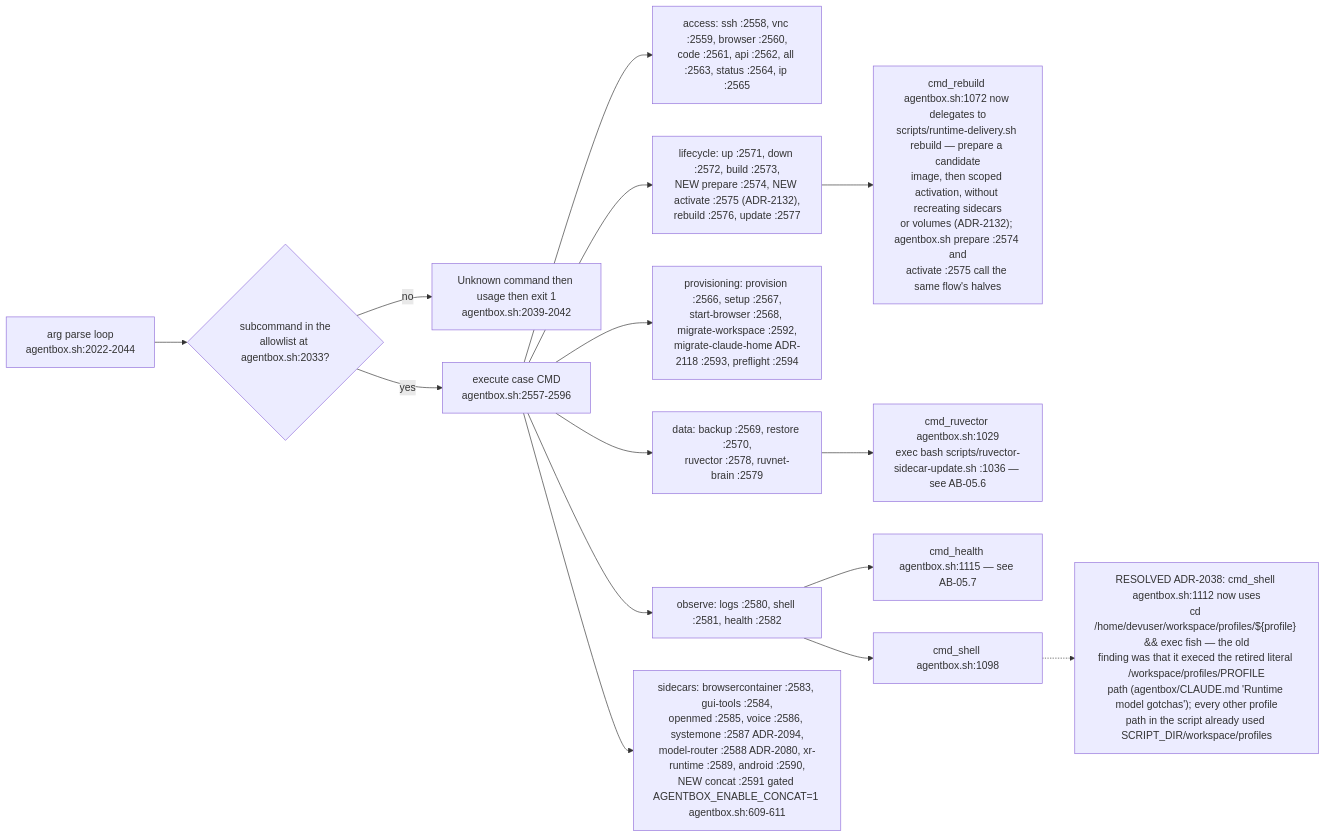
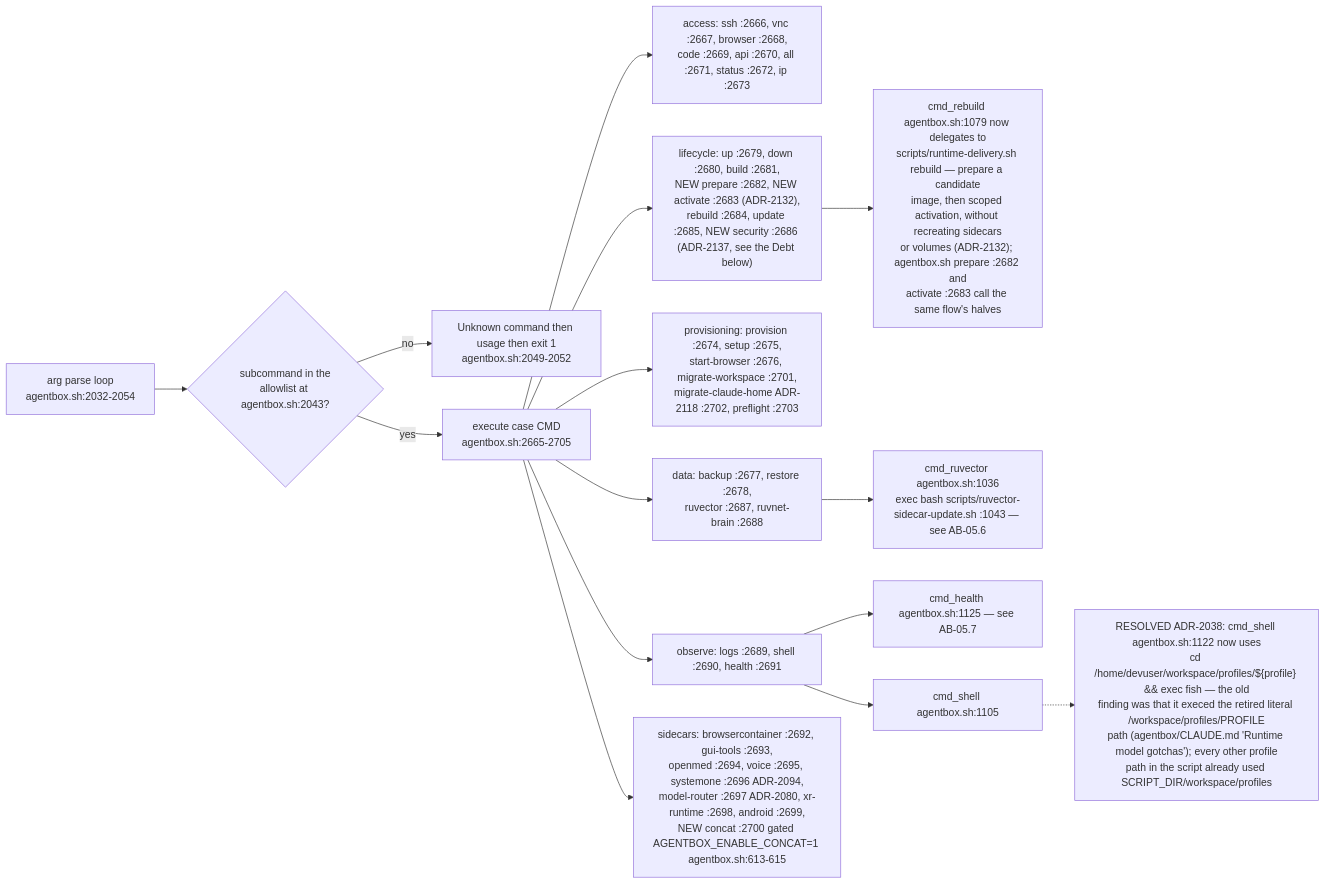
The fifth of 15 diagrams in docs/diagrams/agentbox/05-manifest-gates-and-cli.md (DreamLab-AI/VisionFlow), drawn with Mermaid before and after one commit. The commit also changed other lines of this file and 80 other files, not shown here.

First line of the commit message:
docs(diagrams): re-verify the agentbox, dreamlab, estate and visionflow corpus against current sources

````diff
--- a/docs/diagrams/agentbox/05-manifest-gates-and-cli.md
+++ b/docs/diagrams/agentbox/05-manifest-gates-and-cli.md
@@ -158,17 +158,17 @@
 ```mermaid
 flowchart LR
-    ARG["arg parse loop<br/>agentbox.sh:2022-2044"] --> AL{"subcommand in the<br/>allowlist at agentbox.sh:2033?"}
-    AL -->|no| ERR["Unknown command then usage then exit 1<br/>agentbox.sh:2039-2042"]
-    AL -->|yes| CASE["execute case CMD<br/>agentbox.sh:2557-2596"]
-    CASE --> G1["access: ssh :2558, vnc :2559, browser :2560,<br/>code :2561, api :2562, all :2563, status :2564, ip :2565"]
-    CASE --> G2["lifecycle: up :2571, down :2572, build :2573,<br/>NEW prepare :2574, NEW activate :2575 (ADR-2132),<br/>rebuild :2576, update :2577"]
-    CASE --> G3["provisioning: provision :2566, setup :2567,<br/>start-browser :2568, migrate-workspace :2592,<br/>migrate-claude-home ADR-2118 :2593, preflight :2594"]
-    CASE --> G4["data: backup :2569, restore :2570,<br/>ruvector :2578, ruvnet-brain :2579"]
-    CASE --> G5["observe: logs :2580, shell :2581, health :2582"]
-    CASE --> G6["sidecars: browsercontainer :2583, gui-tools :2584,<br/>openmed :2585, voice :2586, systemone :2587 ADR-2094,<br/>model-router :2588 ADR-2080, xr-runtime :2589, android :2590,<br/>NEW concat :2591 gated AGENTBOX_ENABLE_CONCAT=1 agentbox.sh:609-611"]
-    G2 --> RB["cmd_rebuild agentbox.sh:1072 now delegates to<br/>scripts/runtime-delivery.sh rebuild — prepare a candidate<br/>image, then scoped activation, without recreating sidecars<br/>or volumes (ADR-2132); agentbox.sh prepare :2574 and<br/>activate :2575 call the same flow's halves"]
-    G4 --> RV["cmd_ruvector agentbox.sh:1029<br/>exec bash scripts/ruvector-sidecar-update.sh :1036 — see AB-05.6"]
-    G5 --> HL["cmd_health agentbox.sh:1115 — see AB-05.7"]
-    G5 --> SH["cmd_shell agentbox.sh:1098"]
-    SH -.-> RES1["RESOLVED ADR-2038: cmd_shell agentbox.sh:1112 now uses<br/>cd /home/devuser/workspace/profiles/${profile} && exec fish — the old<br/>finding was that it execed the retired literal /workspace/profiles/PROFILE<br/>path (agentbox/CLAUDE.md 'Runtime model gotchas'); every other profile<br/>path in the script already used SCRIPT_DIR/workspace/profiles"]
+    ARG["arg parse loop<br/>agentbox.sh:2032-2054"] --> AL{"subcommand in the<br/>allowlist at agentbox.sh:2043?"}
+    AL -->|no| ERR["Unknown command then usage then exit 1<br/>agentbox.sh:2049-2052"]
+    AL -->|yes| CASE["execute case CMD<br/>agentbox.sh:2665-2705"]
+    CASE --> G1["access: ssh :2666, vnc :2667, browser :2668,<br/>code :2669, api :2670, all :2671, status :2672, ip :2673"]
+    CASE --> G2["lifecycle: up :2679, down :2680, build :2681,<br/>NEW prepare :2682, NEW activate :2683 (ADR-2132),<br/>rebuild :2684, update :2685, NEW security :2686 (ADR-2137, see the Debt below)"]
+    CASE --> G3["provisioning: provision :2674, setup :2675,<br/>start-browser :2676, migrate-workspace :2701,<br/>migrate-claude-home ADR-2118 :2702, preflight :2703"]
+    CASE --> G4["data: backup :2677, restore :2678,<br/>ruvector :2687, ruvnet-brain :2688"]
+    CASE --> G5["observe: logs :2689, shell :2690, health :2691"]
+    CASE --> G6["sidecars: browsercontainer :2692, gui-tools :2693,<br/>openmed :2694, voice :2695, systemone :2696 ADR-2094,<br/>model-router :2697 ADR-2080, xr-runtime :2698, android :2699,<br/>NEW concat :2700 gated AGENTBOX_ENABLE_CONCAT=1 agentbox.sh:613-615"]
+    G2 --> RB["cmd_rebuild agentbox.sh:1079 now delegates to<br/>scripts/runtime-delivery.sh rebuild — prepare a candidate<br/>image, then scoped activation, without recreating sidecars<br/>or volumes (ADR-2132); agentbox.sh prepare :2682 and<br/>activate :2683 call the same flow's halves"]
+    G4 --> RV["cmd_ruvector agentbox.sh:1036<br/>exec bash scripts/ruvector-sidecar-update.sh :1043 — see AB-05.6"]
+    G5 --> HL["cmd_health agentbox.sh:1125 — see AB-05.7"]
+    G5 --> SH["cmd_shell agentbox.sh:1105"]
+    SH -.-> RES1["RESOLVED ADR-2038: cmd_shell agentbox.sh:1122 now uses<br/>cd /home/devuser/workspace/profiles/${profile} && exec fish — the old<br/>finding was that it execed the retired literal /workspace/profiles/PROFILE<br/>path (agentbox/CLAUDE.md 'Runtime model gotchas'); every other profile<br/>path in the script already used SCRIPT_DIR/workspace/profiles"]
 ```
````
